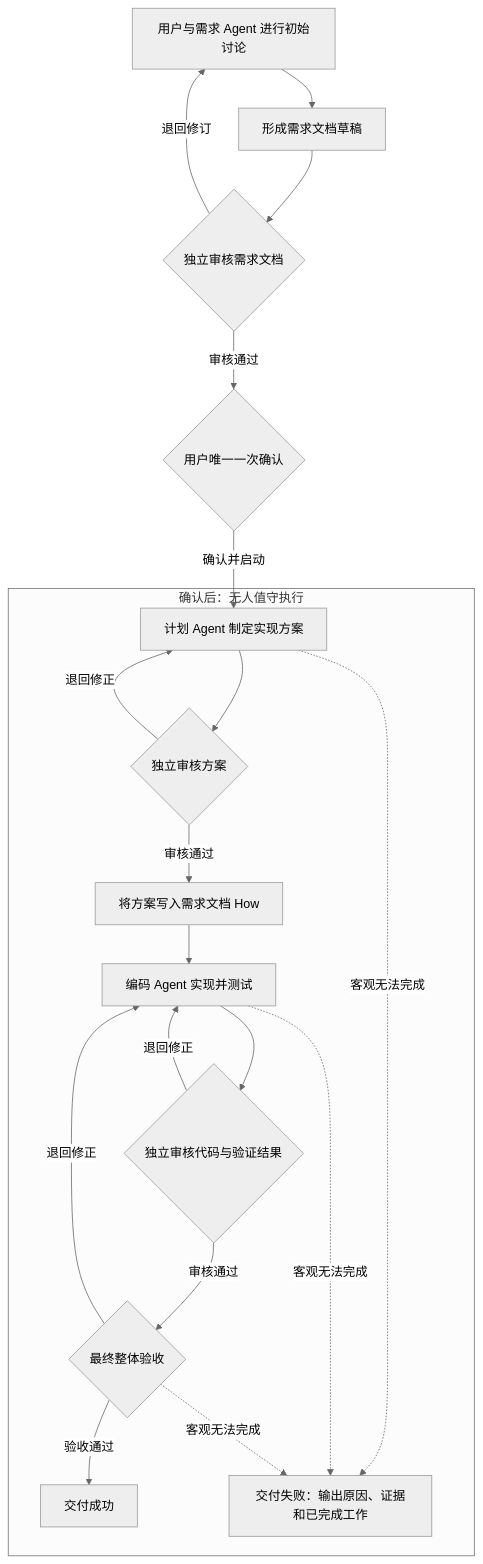
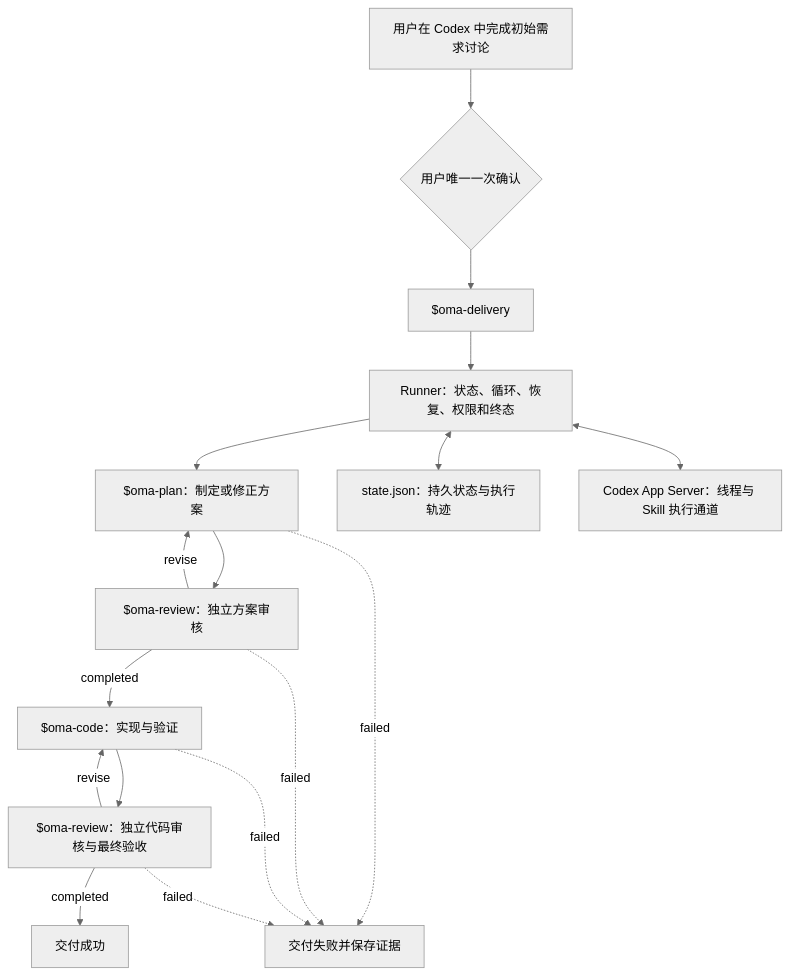
Before and after one commit to primabrucexu/OneManArmy: the diagram in README.md, drawn with Mermaid (neutral theme). The commit also changed other lines of this file and 41 other files, not shown here.

Commit message:
refactor: make OneManArmy a Codex skill suite

````diff
--- a/README.md
+++ b/README.md
@@ -66,24 +39,22 @@
 ```mermaid
 flowchart TD
-    A["用户与需求 Agent 进行初始讨论"] --> B["形成需求文档草稿"]
-    B --> C{"独立审核需求文档"}
-    C -- "退回修订" --> A
-    C -- "审核通过" --> D{"用户唯一一次确认"}
-    D -- "确认并启动" --> E
+    A["用户在 Codex 中完成初始需求讨论"] --> B{"用户唯一一次确认"}
+    B --> C["$oma-delivery"]
+    C --> D["Runner：状态、循环、恢复、权限和终态"]
 
-    subgraph AUTO["确认后：无人值守执行"]
-        E["计划 Agent 制定实现方案"] --> F{"独立审核方案"}
-        F -- "退回修正" --> E
-        F -- "审核通过" --> G["将方案写入需求文档 How"]
-        G --> H["编码 Agent 实现并测试"]
-        H --> I{"独立审核代码与验证结果"}
-        I -- "退回修正" --> H
-        I -- "审核通过" --> J{"最终整体验收"}
-        J -- "退回修正" --> H
-        J -- "验收通过" --> K["交付成功"]
+    D --> E["$oma-plan：制定或修正方案"]
+    E --> F["$oma-review：独立方案审核"]
+    F -- "revise" --> E
+    F -- "completed" --> G["$oma-code：实现与验证"]
+    G --> H["$oma-review：独立代码审核与最终验收"]
+    H -- "revise" --> G
+    H -- "completed" --> I["交付成功"]
 
-        E -. "客观无法完成" .-> L["交付失败：输出原因、证据和已完成工作"]
-        H -. "客观无法完成" .-> L
-        J -. "客观无法完成" .-> L
-    end
+    E -. "failed" .-> J["交付失败并保存证据"]
+    F -. "failed" .-> J
+    G -. "failed" .-> J
+    H -. "failed" .-> J
+
+    D <--> K["state.json：持久状态与执行轨迹"]
+    D <--> L["Codex App Server：线程与 Skill 执行通道"]
 ```
````
